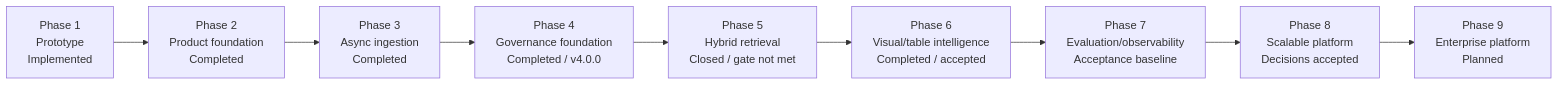
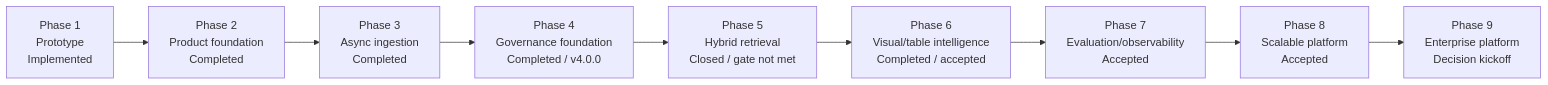
Before and after one commit to mvyas412/ai-projects: the second of 11 diagrams in mm-rag-full-stack-genai-bootcamp-3.0/docs/architecture/ARCHITECTURE.md, drawn with Mermaid. The commit also changed other lines of this file and 10 other files, not shown here.

Commit message:
docs(mm-rag): kick off Phase 9 decisions

````diff
--- a/mm-rag-full-stack-genai-bootcamp-3.0/docs/architecture/ARCHITECTURE.md
+++ b/mm-rag-full-stack-genai-bootcamp-3.0/docs/architecture/ARCHITECTURE.md
@@ -186,12 +186,12 @@
 ```mermaid
 flowchart LR
     p1["Phase 1<br/>Prototype<br/>Implemented"] -->
     p2["Phase 2<br/>Product foundation<br/>Completed"] -->
     p3["Phase 3<br/>Async ingestion<br/>Completed"] -->
     p4["Phase 4<br/>Governance foundation<br/>Completed / v4.0.0"] -->
     p5["Phase 5<br/>Hybrid retrieval<br/>Closed / gate not met"] -->
     p6["Phase 6<br/>Visual/table intelligence<br/>Completed / accepted"] -->
-    p7["Phase 7<br/>Evaluation/observability<br/>Acceptance baseline"] -->
-    p8["Phase 8<br/>Scalable platform<br/>Decisions accepted"] -->
-    p9["Phase 9<br/>Enterprise platform<br/>Planned"]
+    p7["Phase 7<br/>Evaluation/observability<br/>Accepted"] -->
+    p8["Phase 8<br/>Scalable platform<br/>Accepted"] -->
+    p9["Phase 9<br/>Enterprise platform<br/>Decision kickoff"]
 ```
````
